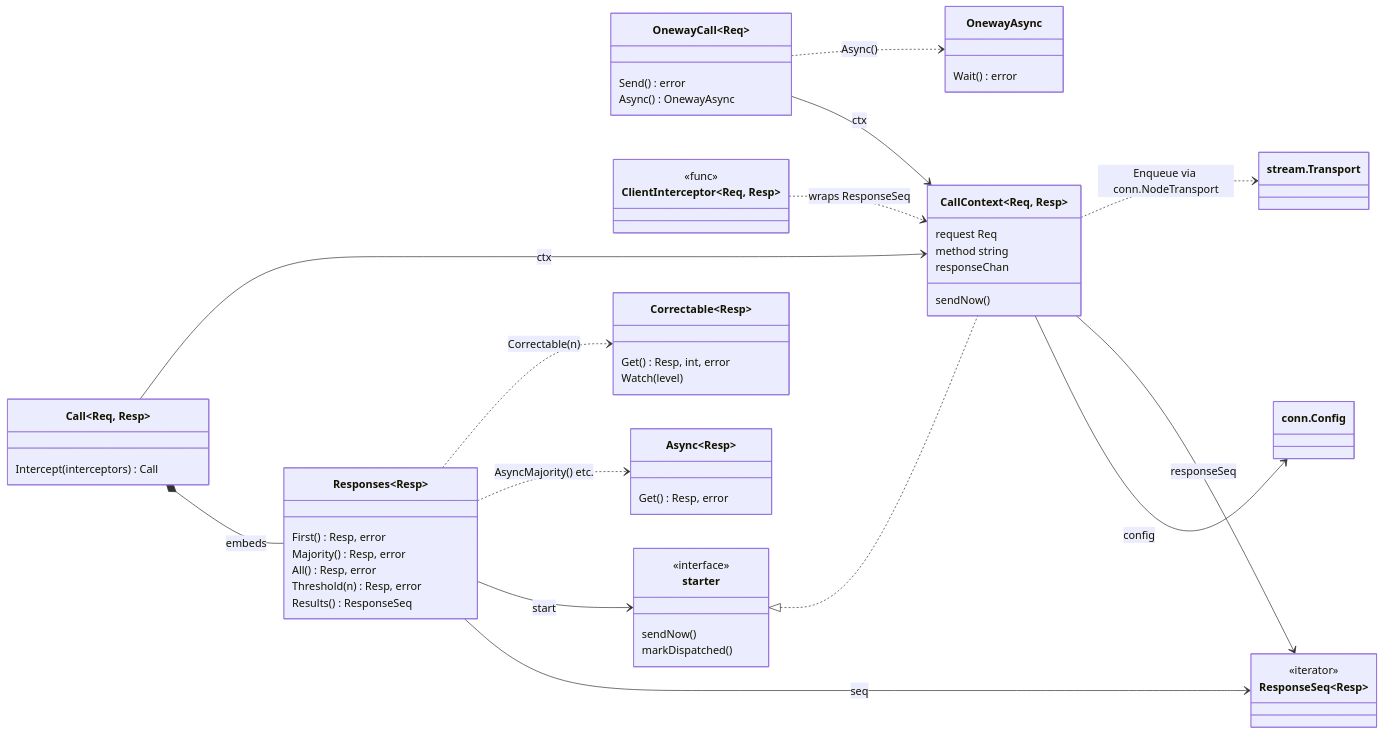
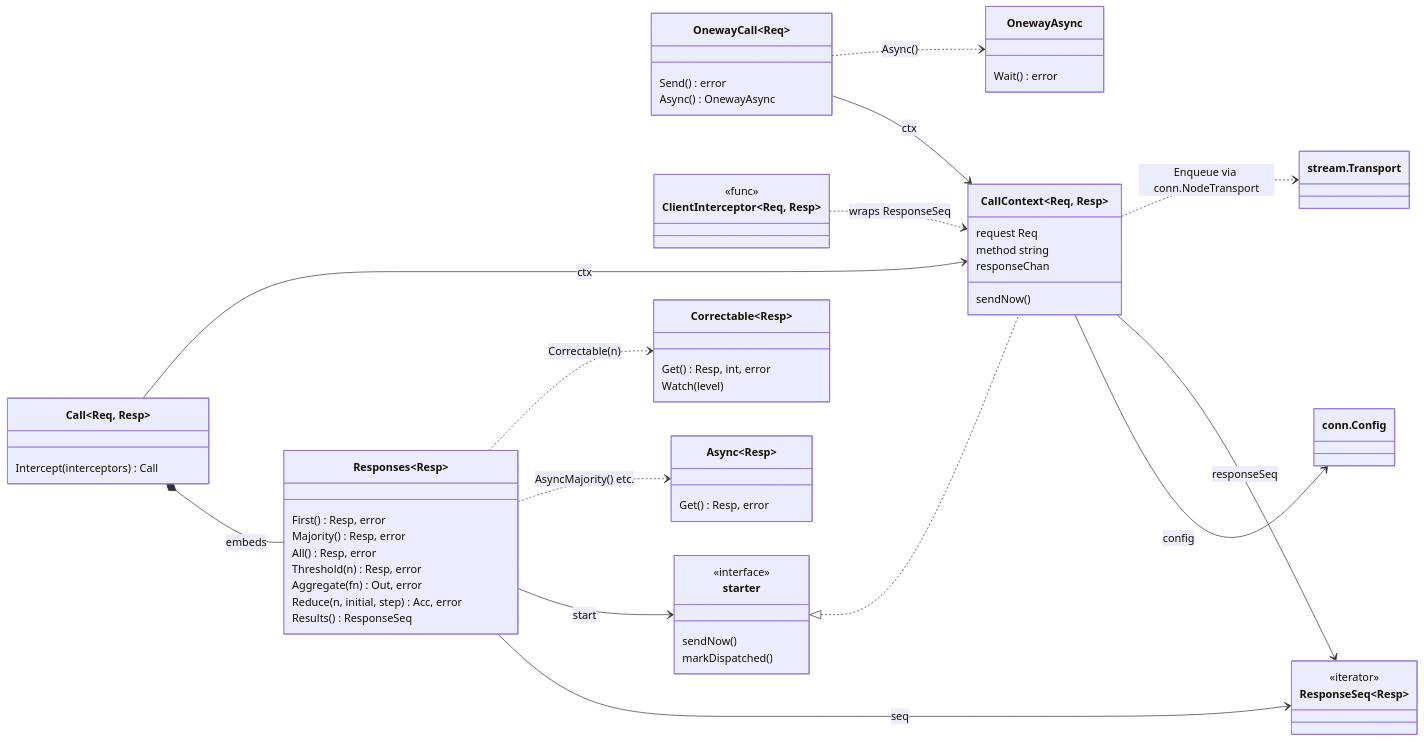
Before and after one commit to relab/gorums: the sixth of 9 diagrams in doc/dev-guide.md, drawn with Mermaid. The commit also changed other lines of this file and 6 other files, not shown here.

First line of the commit message:
gorums: add Aggregate and Reduce terminal methods

````diff
--- a/doc/dev-guide.md
+++ b/doc/dev-guide.md
@@ -437,61 +437,63 @@
 ```mermaid
 classDiagram
     direction LR
     class CallContext~Req, Resp~ {
         request Req
         method string
         responseChan
         sendNow()
     }
     class Call~Req, Resp~ {
         Intercept(interceptors) Call
     }
     class Responses~Resp~ {
         First() Resp, error
         Majority() Resp, error
         All() Resp, error
         Threshold(n) Resp, error
+        Aggregate(fn) Out, error
+        Reduce(n, initial, step) Acc, error
         Results() ResponseSeq
     }
     class OnewayCall~Req~ {
         Send() error
         Async() OnewayAsync
     }
     class OnewayAsync {
         Wait() error
     }
     class ResponseSeq~Resp~ {
         <<iterator>>
     }
     class ClientInterceptor~Req, Resp~ {
         <<func>>
     }
     class Async~Resp~ {
         Get() Resp, error
     }
     class Correctable~Resp~ {
         Get() Resp, int, error
         Watch(level)
     }
     class starter {
         <<interface>>
         sendNow()
         markDispatched()
     }
     class ConnConfig["conn.Config"]
     class StreamTransport["stream.Transport"]
 
     Call *-- Responses : embeds
     Call --> CallContext : ctx
     OnewayCall --> CallContext : ctx
     OnewayCall ..> OnewayAsync : Async()
     Responses --> ResponseSeq : seq
     Responses --> starter : start
     starter <|.. CallContext
     Responses ..> Async : AsyncMajority() etc.
     Responses ..> Correctable : Correctable(n)
     CallContext --> ConnConfig : config
     CallContext --> ResponseSeq : responseSeq
     ClientInterceptor ..> CallContext : wraps ResponseSeq
     CallContext ..> StreamTransport : Enqueue via conn.NodeTransport
 ```
````
